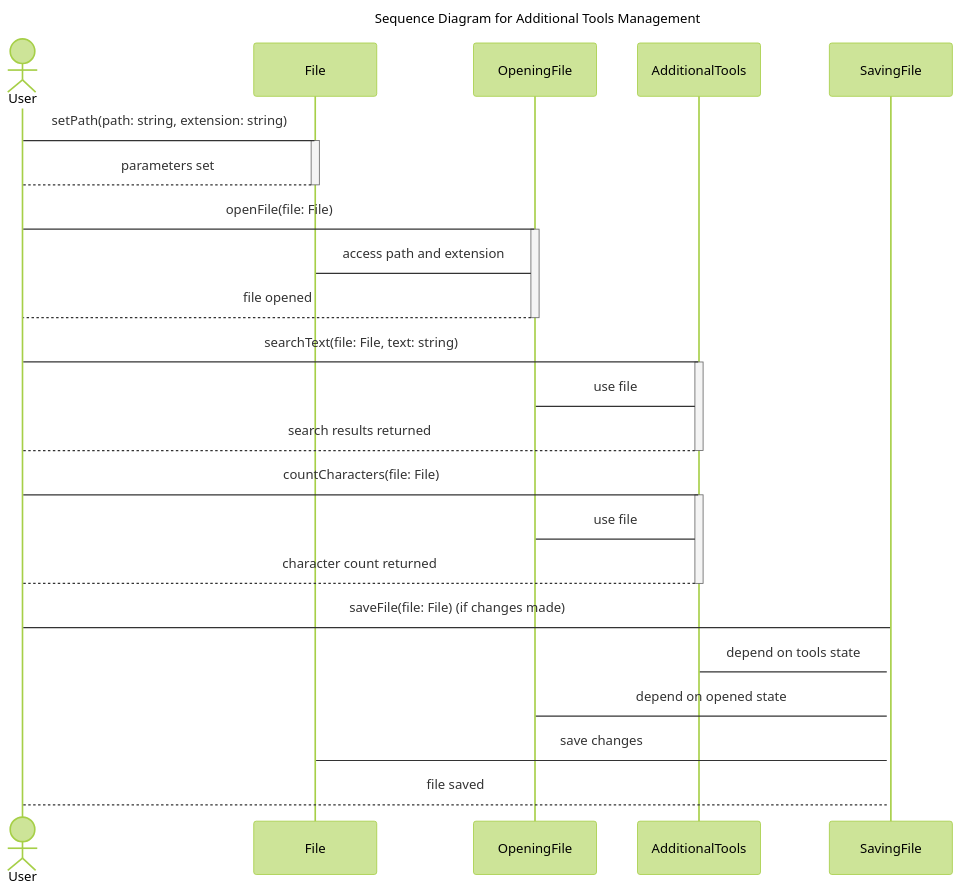
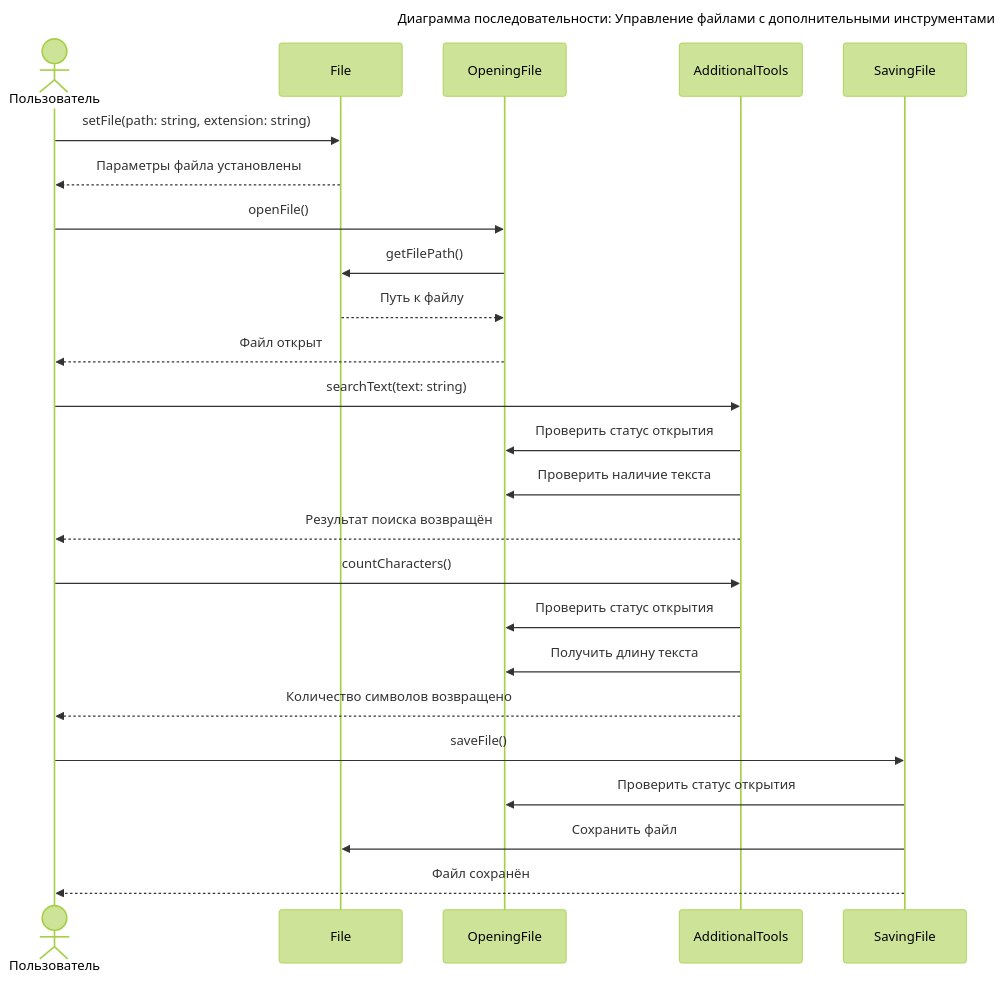
Before and after one commit to penamarth/bsbo-16-23_team5_var11_textedit: the diagram in Документация/Преценденты/Дополнительные инструменты/Диаграмма последовательностей.md, drawn with Mermaid (forest theme). The commit also changed 4 other files, not shown here.

````diff
--- a/Документация/Преценденты/Дополнительные инструменты/Диаграмма последовательностей.md
+++ b/Документация/Преценденты/Дополнительные инструменты/Диаграмма последовательностей.md
@@ -1,40 +1,32 @@
 ```mermaid
 sequenceDiagram
-title Sequence Diagram for Additional Tools Management
+    title Диаграмма последовательности: Управление файлами с дополнительными инструментами
+    actor Пользователь
+    participant File
+    participant OpeningFile
+    participant AdditionalTools
+    participant SavingFile
 
-actor User
-participant File
-participant OpeningFile
-participant AdditionalTools
-participant SavingFile
+    Пользователь ->> File: setFile(path: string, extension: string)
+    File -->> Пользователь: Параметры файла установлены
 
-User -> File: setPath(path: string, extension: string)
-activate File
-File --> User: parameters set
-deactivate File
+    Пользователь ->> OpeningFile: openFile()
+    OpeningFile ->> File: getFilePath()
+    File -->> OpeningFile: Путь к файлу
+    OpeningFile -->> Пользователь: Файл открыт
 
-User -> OpeningFile: openFile(file: File)
-activate OpeningFile
-OpeningFile -> File: access path and extension
-OpeningFile --> User: file opened
-deactivate OpeningFile
+    Пользователь ->> AdditionalTools: searchText(text: string)
+    AdditionalTools ->> OpeningFile: Проверить статус открытия
+    AdditionalTools ->> OpeningFile: Проверить наличие текста
+    AdditionalTools -->> Пользователь: Результат поиска возвращён
 
-User -> AdditionalTools: searchText(file: File, text: string)
-activate AdditionalTools
-AdditionalTools -> OpeningFile: use file
-AdditionalTools --> User: search results returned
-deactivate AdditionalTools
+    Пользователь ->> AdditionalTools: countCharacters()
+    AdditionalTools ->> OpeningFile: Проверить статус открытия
+    AdditionalTools ->> OpeningFile: Получить длину текста
+    AdditionalTools -->> Пользователь: Количество символов возвращено
 
-User -> AdditionalTools: countCharacters(file: File)
-activate AdditionalTools
-AdditionalTools -> OpeningFile: use file
-AdditionalTools --> User: character count returned
-deactivate AdditionalTools
-
-User -> SavingFile: saveFile(file: File) (if changes made)
-activate SavingFile
-SavingFile -> AdditionalTools: depend on tools state
-SavingFile -> OpeningFile: depend on opened state
-	SavingFile -> File: save changes
-	SavingFile --> User: file saved
+    Пользователь ->> SavingFile: saveFile()
+    SavingFile ->> OpeningFile: Проверить статус открытия
+    SavingFile ->> File: Сохранить файл
+    SavingFile -->> Пользователь: Файл сохранён
 ```
````
